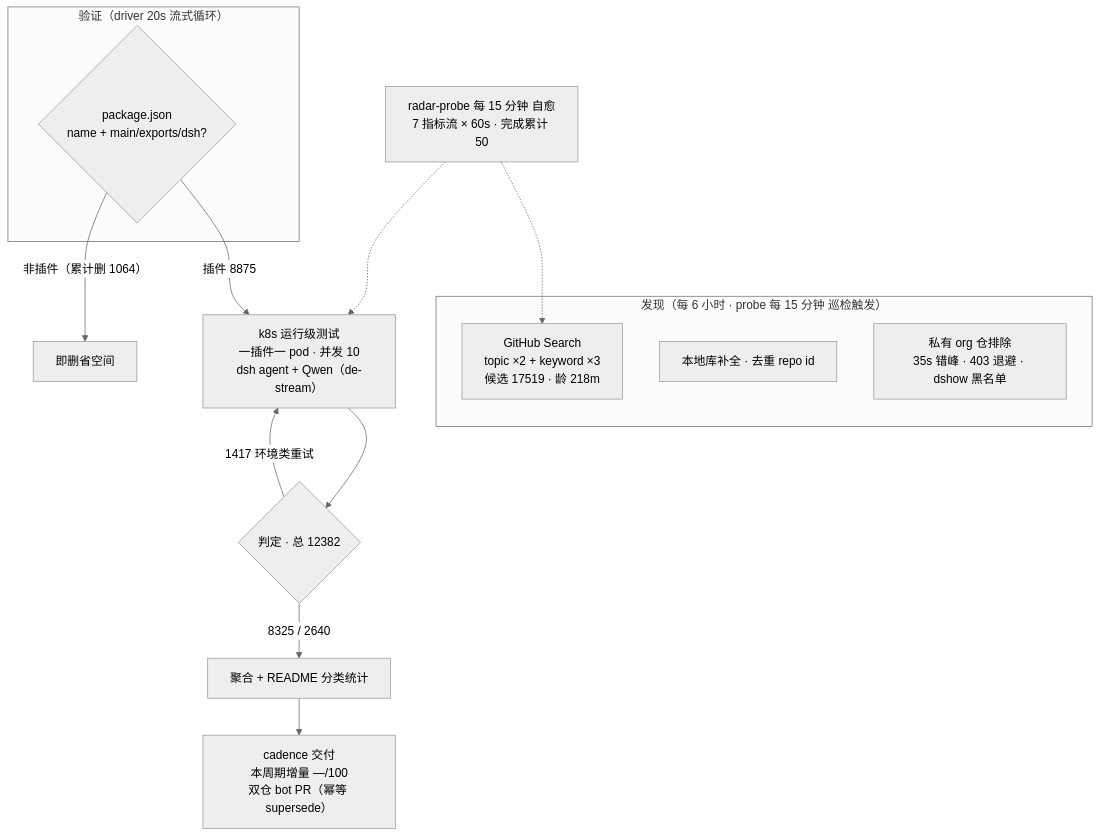
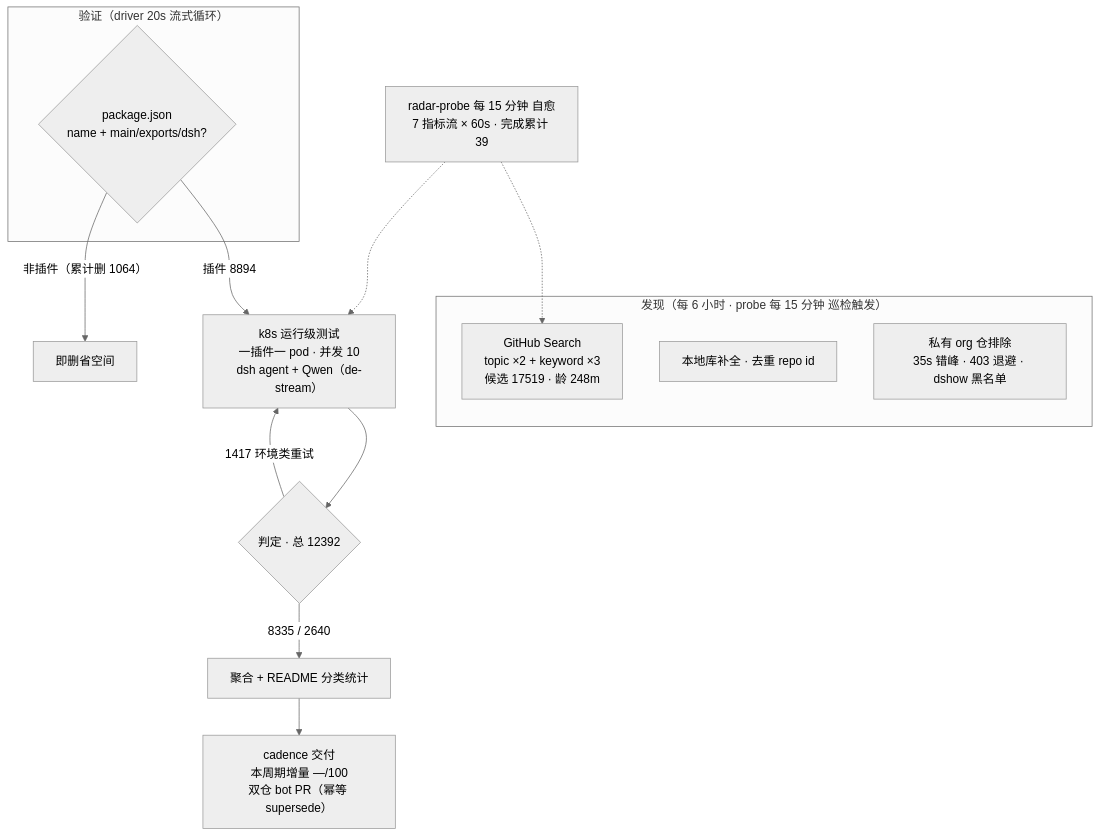
One commit to Zhidao-Lab-OSS/awesome-dsh-plugins changed the diagram in README.md. Above: the diagram before and after it, drawn with Mermaid (neutral theme). The commit also changed other lines of this file and 1 other file, not shown here.

````diff
--- a/README.md
+++ b/README.md
@@ -52,20 +52,20 @@
 ```mermaid
 flowchart TB
     subgraph Discovery["发现（每 6 小时 · probe 每 15 分钟 巡检触发）"]
-        A1["GitHub Search<br/>topic ×2 + keyword ×3<br/>候选 17519 · 龄 218m"]
+        A1["GitHub Search<br/>topic ×2 + keyword ×3<br/>候选 17519 · 龄 248m"]
         A2["本地库补全 · 去重 repo id"]
         A3["私有 org 仓排除<br/>35s 错峰 · 403 退避 · dshow 黑名单"]
     end
     subgraph Validation["验证（driver 20s 流式循环）"]
         B1{"package.json<br/>name + main/exports/dsh?"}
     end
-    B1 -->|"插件 8875"| C1["k8s 运行级测试<br/>一插件一 pod · 并发 10<br/>dsh agent + Qwen（de-stream）"]
+    B1 -->|"插件 8894"| C1["k8s 运行级测试<br/>一插件一 pod · 并发 10<br/>dsh agent + Qwen（de-stream）"]
     B1 -->|"非插件（累计删 1064）"| B3["即删省空间"]
-    C1 --> D1{"判定 · 总 12382"}
-    D1 -->|"8325 / 2640"| E1["聚合 + README 分类统计"]
+    C1 --> D1{"判定 · 总 12392"}
+    D1 -->|"8335 / 2640"| E1["聚合 + README 分类统计"]
     D1 -->|"1417 环境类重试"| C1
     E1 --> E2["cadence 交付<br/>本周期增量 —/100<br/>双仓 bot PR（幂等 supersede）"]
-    M["radar-probe 每 15 分钟 自愈<br/>7 指标流 × 60s · 完成累计 50"]
+    M["radar-probe 每 15 分钟 自愈<br/>7 指标流 × 60s · 完成累计 39"]
     M -.-> A1
     M -.-> C1
 ```
````
